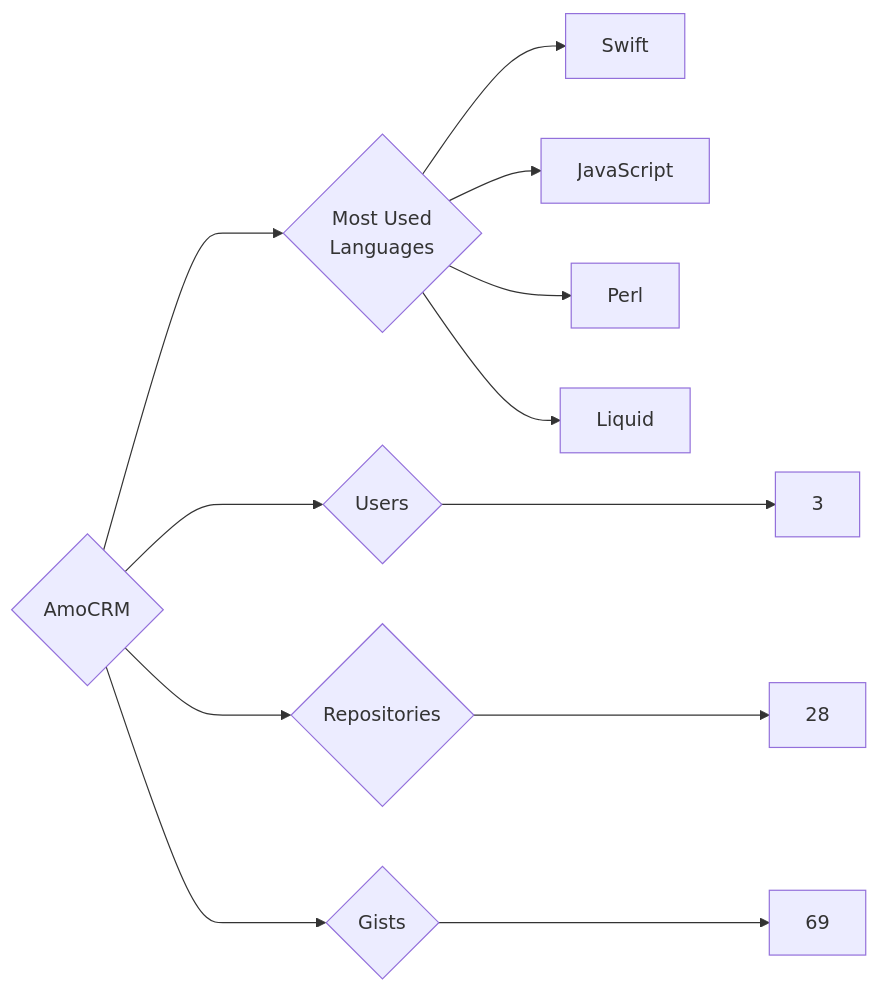
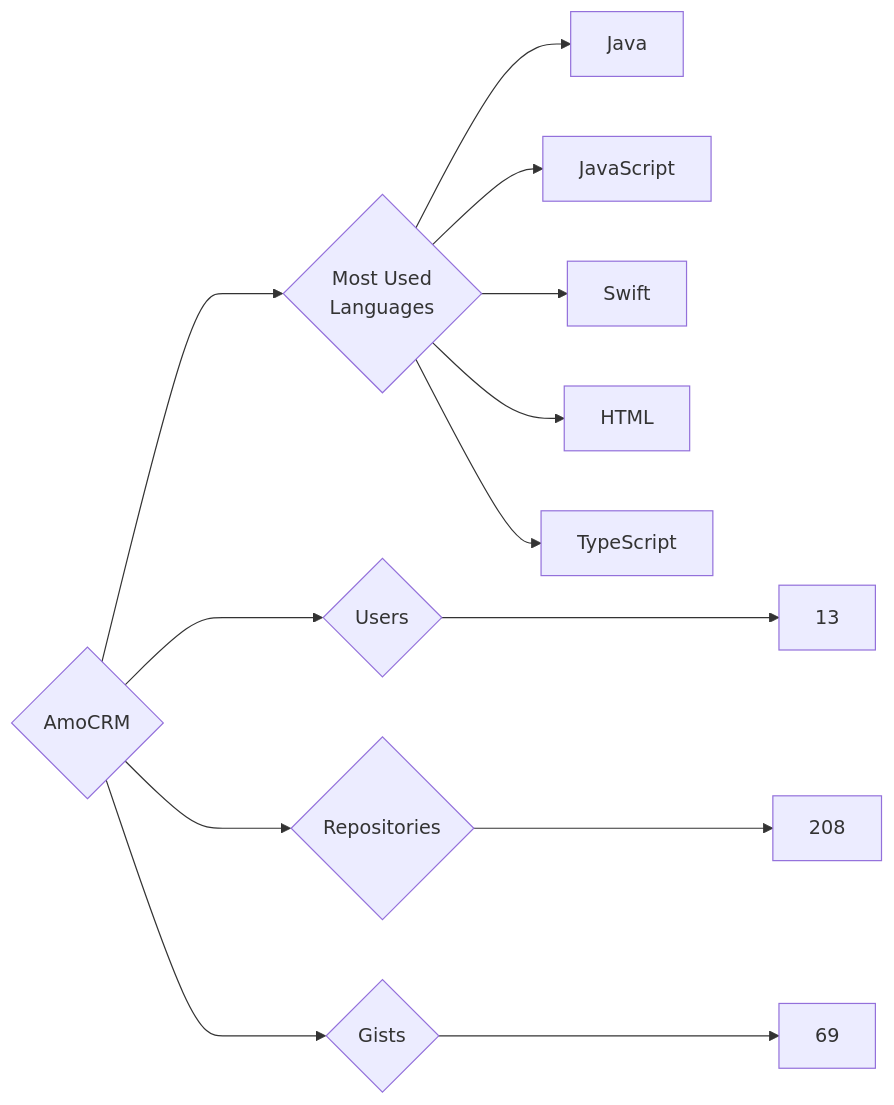
The diagram in targets/AmoCRM/README.md (trickest/insiders), drawn with Mermaid before and after one commit. The commit also changed 736 other files, not shown here.

````diff
--- a/targets/AmoCRM/README.md
+++ b/targets/AmoCRM/README.md
@@ -3,12 +3,13 @@
 ```mermaid
 graph LR
 COMPANY_NAME{AmoCRM}
-COMPANY_NAME ---> U{Users} ---> UN[3]
-COMPANY_NAME ---> R{Repositories} ---> RN[28]
+COMPANY_NAME ---> U{Users} ---> UN[13]
+COMPANY_NAME ---> R{Repositories} ---> RN[208]
 COMPANY_NAME ---> G{Gists} ---> GN[69]
 COMPANY_NAME ---> ML{Most Used<br>Languages}
+ML --> Java[Java]
+ML --> JavaScript[JavaScript]
 ML --> Swift[Swift]
-ML --> JavaScript[JavaScript]
-ML --> Perl[Perl]
-ML --> Liquid[Liquid]
+ML --> HTML[HTML]
+ML --> TypeScript[TypeScript]
 ```
````
